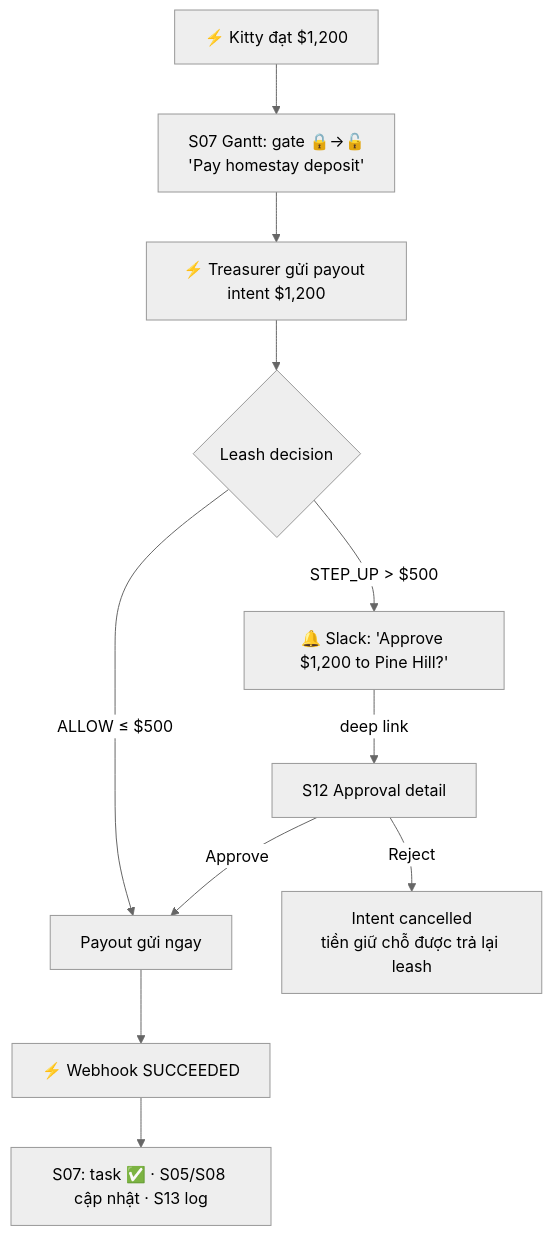
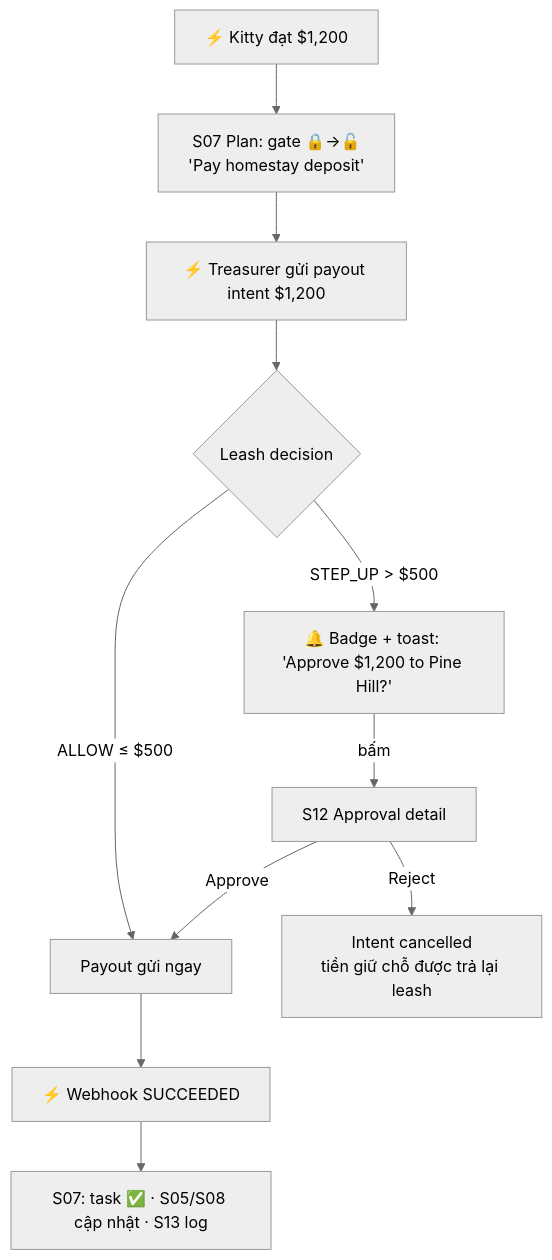
Before and after one commit to huanngdev/kitty: the third of 4 diagrams in docs/23-user-screen-flow.md, drawn with Mermaid (neutral theme). The commit also changed other lines of this file and 18 other files, not shown here.

````diff
--- a/docs/23-user-screen-flow.md
+++ b/docs/23-user-screen-flow.md
@@ -251,13 +252,13 @@
 ```mermaid
 flowchart TD
-  W[⚡ Kitty đạt $1,200] --> G[S07 Gantt: gate 🔒→🔓<br/>'Pay homestay deposit']
+  W[⚡ Kitty đạt $1,200] --> G[S07 Plan: gate 🔒→🔓<br/>'Pay homestay deposit']
   G --> T[⚡ Treasurer gửi payout intent $1,200]
   T --> D{Leash decision}
   D -->|ALLOW ≤ $500| X[Payout gửi ngay]
-  D -->|STEP_UP > $500| N[🔔 Slack: 'Approve $1,200 to Pine Hill?']
-  N -->|deep link| A[S12 Approval detail]
+  D -->|STEP_UP > $500| N[🔔 Badge + toast: 'Approve $1,200 to Pine Hill?']
+  N -->|bấm| A[S12 Approval detail]
   A -->|Approve| X
   A -->|Reject| R[Intent cancelled<br/>tiền giữ chỗ được trả lại leash]
   X --> S[⚡ Webhook SUCCEEDED]
   S --> Done[S07: task ✅ · S05/S08 cập nhật · S13 log]
 ```
````
